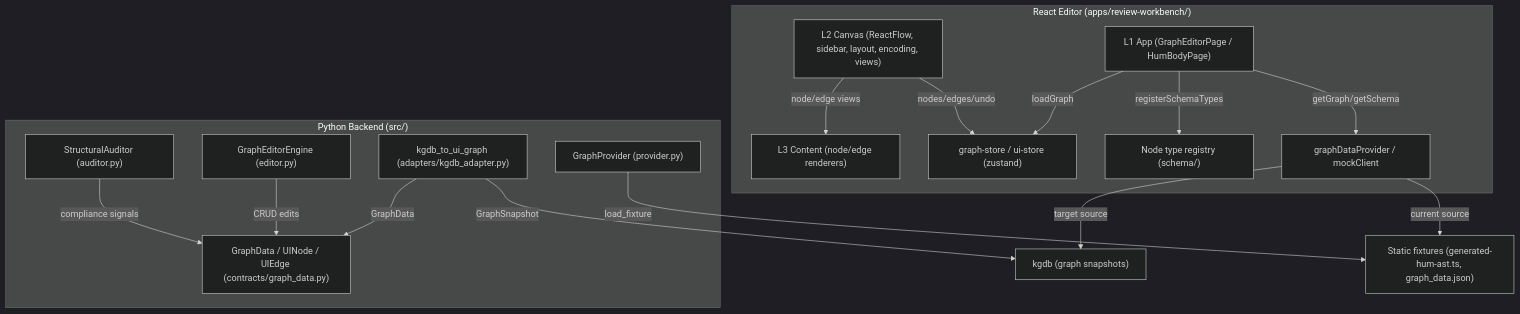
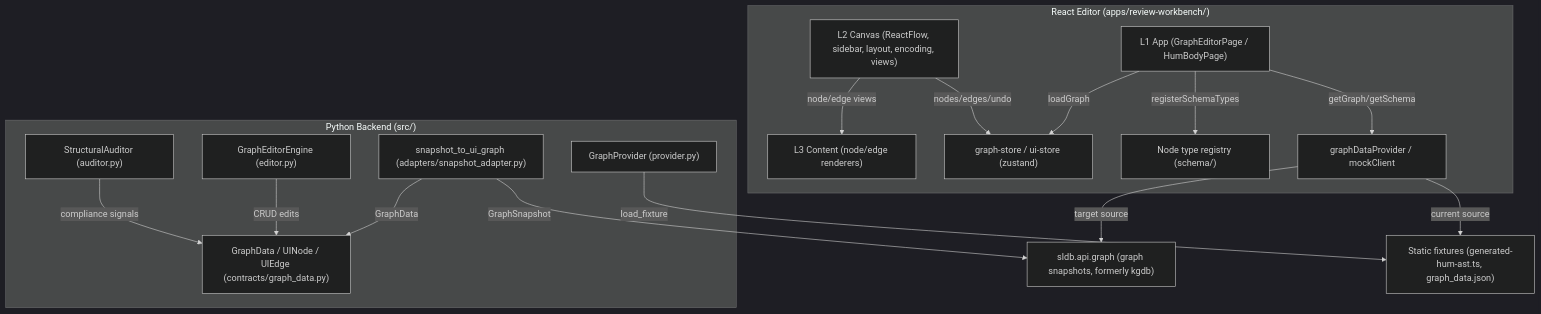
The diagram in docs/diagrams/component.graph-ui.mmd (jpcosec/graph_ui), drawn with Mermaid (dark theme) before and after one commit. The commit also changed 7 other files, not shown here.

Commit message:
specs: kgdb pasa a sldb.api.graph (SnapshotAdapter, SldbGraph) y se re-renderizan sus diagramas

```diff
--- a/docs/diagrams/component.graph-ui.mmd
+++ b/docs/diagrams/component.graph-ui.mmd
@@ -1,30 +1,30 @@
 graph TD
     subgraph PyBackend ["Python Backend (src/)"]
         Contracts["GraphData / UINode / UIEdge (contracts/graph_data.py)"]
         EditorEngine["GraphEditorEngine (editor.py)"]
         Auditor["StructuralAuditor (auditor.py)"]
         Provider["GraphProvider (provider.py)"]
-        KgdbAdapter["kgdb_to_ui_graph (adapters/kgdb_adapter.py)"]
+        SnapshotAdapter["snapshot_to_ui_graph (adapters/snapshot_adapter.py)"]
     end
     subgraph Frontend ["React Editor (apps/review-workbench/)"]
         L1App["L1 App (GraphEditorPage / HumBodyPage)"]
         L2Canvas["L2 Canvas (ReactFlow, sidebar, layout, encoding, views)"]
         L3Content["L3 Content (node/edge renderers)"]
         Stores["graph-store / ui-store (zustand)"]
         SchemaRegistry["Node type registry (schema/)"]
         DataProvider["graphDataProvider / mockClient"]
     end
-    Kgdb["kgdb (graph snapshots)"]
+    SldbGraph["sldb.api.graph (graph snapshots, formerly kgdb)"]
     StaticFixtures["Static fixtures (generated-hum-ast.ts, graph_data.json)"]
-    L1App -->|getGraph/getSchema| DataProvider
-    DataProvider -->|current source| StaticFixtures
-    DataProvider -->|target source| Kgdb
-    KgdbAdapter -->|GraphSnapshot| Kgdb
-    KgdbAdapter -->|GraphData| Contracts
-    L1App -->|loadGraph| Stores
-    L2Canvas -->|nodes/edges/undo| Stores
-    L2Canvas -->|node/edge views| L3Content
-    L1App -->|registerSchemaTypes| SchemaRegistry
-    EditorEngine -->|CRUD edits| Contracts
-    Auditor -->|compliance signals| Contracts
-    Provider -->|load_fixture| StaticFixtures
+    L1App -->|"getGraph/getSchema"| DataProvider
+    DataProvider -->|"current source"| StaticFixtures
+    DataProvider -->|"target source"| SldbGraph
+    SnapshotAdapter -->|"GraphSnapshot"| SldbGraph
+    SnapshotAdapter -->|"GraphData"| Contracts
+    L1App -->|"loadGraph"| Stores
+    L2Canvas -->|"nodes/edges/undo"| Stores
+    L2Canvas -->|"node/edge views"| L3Content
+    L1App -->|"registerSchemaTypes"| SchemaRegistry
+    EditorEngine -->|"CRUD edits"| Contracts
+    Auditor -->|"compliance signals"| Contracts
+    Provider -->|"load_fixture"| StaticFixtures
```
